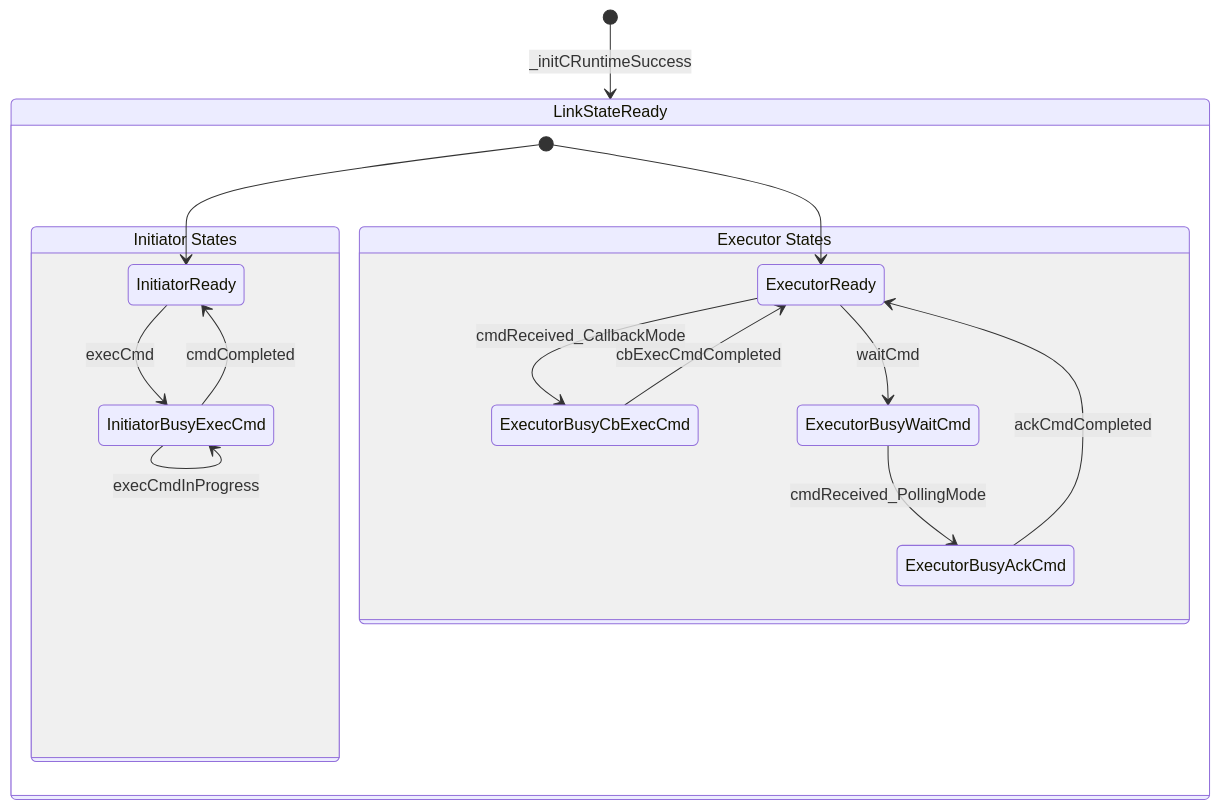
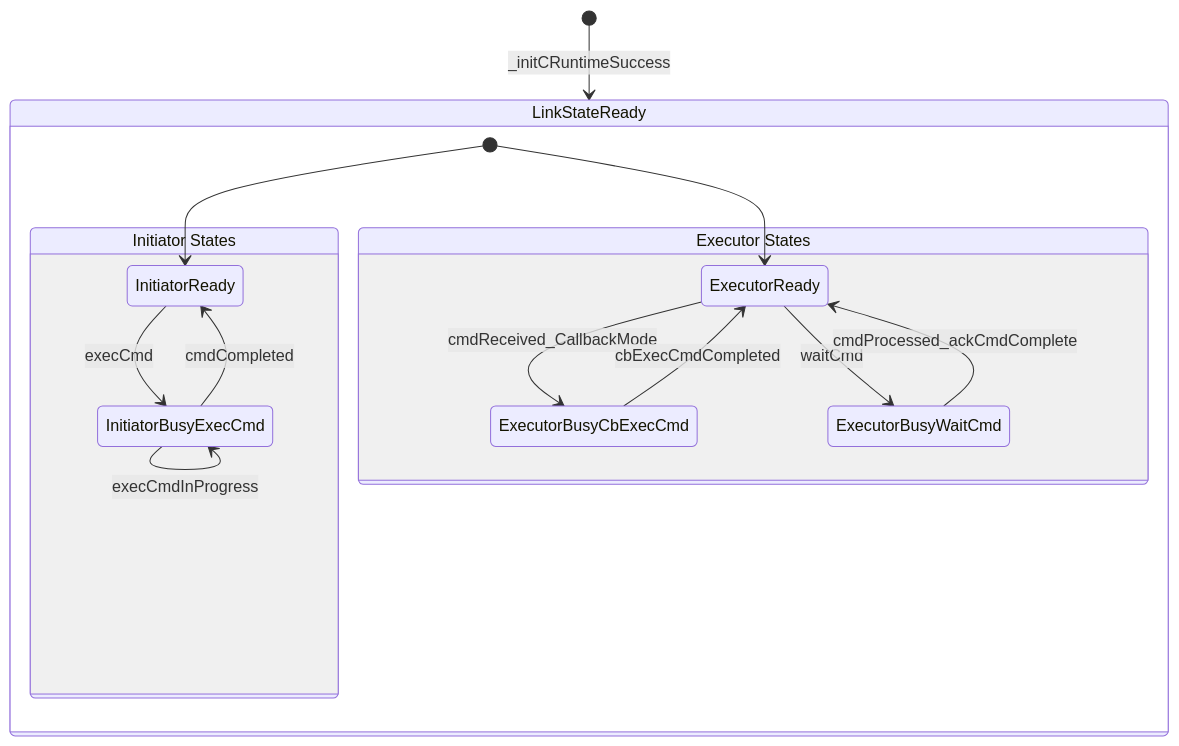
One commit to EnigmaWU/MyIOC_inTDD_withGHC changed the fifth of 20 diagrams in README_ArchDesign-State.md. Above: the diagram before and after it, drawn with Mermaid. The commit also changed other lines of this file, not shown here.

````diff
--- a/README_ArchDesign-State.md
+++ b/README_ArchDesign-State.md
@@ -370,24 +370,23 @@
 ```mermaid
 stateDiagram-v2
   [*] --> LinkStateReady: _initCRuntimeSuccess
   
   state LinkStateReady {
     [*] --> InitiatorReady
     [*] --> ExecutorReady
     
     state "Initiator States" as InitiatorStates {
       InitiatorReady --> InitiatorBusyExecCmd: execCmd
       InitiatorBusyExecCmd --> InitiatorReady: cmdCompleted
       InitiatorBusyExecCmd --> InitiatorBusyExecCmd: execCmdInProgress
     }
     
     state "Executor States" as ExecutorStates {
       ExecutorReady --> ExecutorBusyCbExecCmd: cmdReceived_CallbackMode
       ExecutorBusyCbExecCmd --> ExecutorReady: cbExecCmdCompleted
       
       ExecutorReady --> ExecutorBusyWaitCmd: waitCmd
-      ExecutorBusyWaitCmd --> ExecutorBusyAckCmd: cmdReceived_PollingMode
-      ExecutorBusyAckCmd --> ExecutorReady: ackCmdCompleted
+      ExecutorBusyWaitCmd --> ExecutorReady: cmdProcessed_ackCmdComplete
     }
   }
 ```
````
